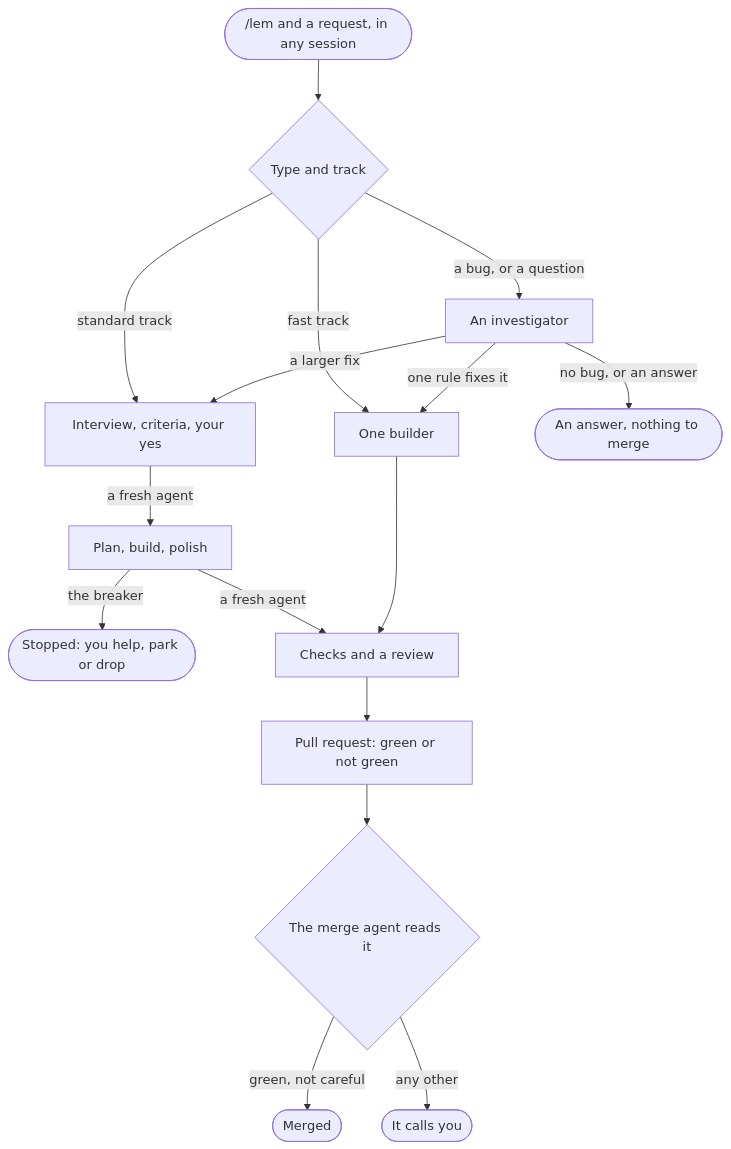
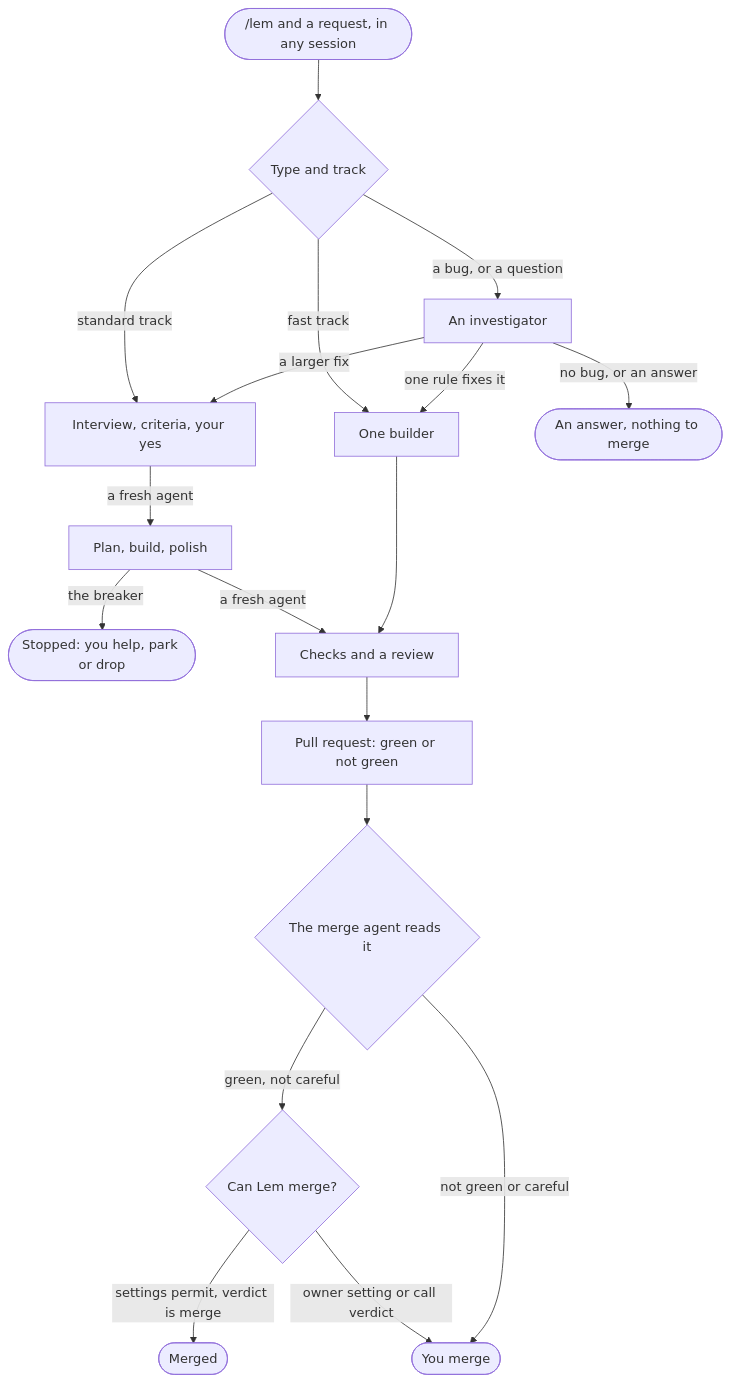
Before and after one commit to pySilver/lem: the diagram in docs/flow.md, drawn with Mermaid. The commit also changed 22 other files, not shown here.

````diff
--- a/docs/flow.md
+++ b/docs/flow.md
@@ -3,18 +3,20 @@
 ```mermaid
 flowchart TD
     req(["/lem and a request, in any session"]) --> track{"Type and track"}
     track -- "fast track" --> one["One builder"]
     track -- "a bug, or a question" --> inv["An investigator"]
     track -- "standard track" --> crit["Interview, criteria, your yes"]
     inv -- "one rule fixes it" --> one
     inv -- "no bug, or an answer" --> stop(["An answer, nothing to merge"])
     inv -- "a larger fix" --> crit
     crit -- "a fresh agent" --> plan["Plan, build, polish"]
     plan -- "the breaker" --> brk(["Stopped: you help, park or drop"])
     plan -- "a fresh agent" --> checks["Checks and a review"]
     one --> checks
     checks --> pr["Pull request: green or not green"]
     pr --> merger{"The merge agent reads it"}
-    merger -- "green, not careful" --> merged(["Merged"])
-    merger -- "any other" --> you(["It calls you"])
+    merger -- "green, not careful" --> allowed{"Can Lem merge?"}
+    allowed -- "settings permit, verdict is merge" --> merged(["Merged"])
+    allowed -- "owner setting or call verdict" --> you(["You merge"])
+    merger -- "not green or careful" --> you
 ```
````
